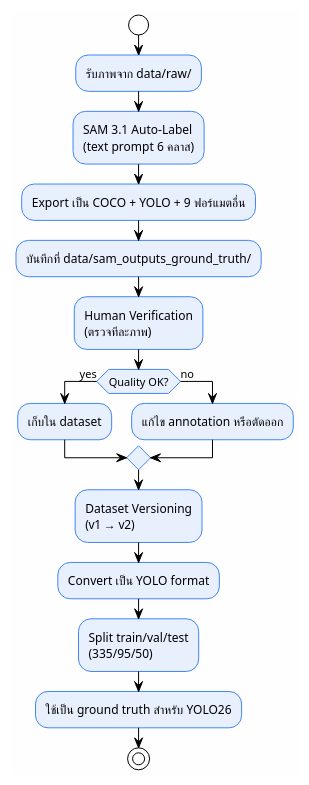
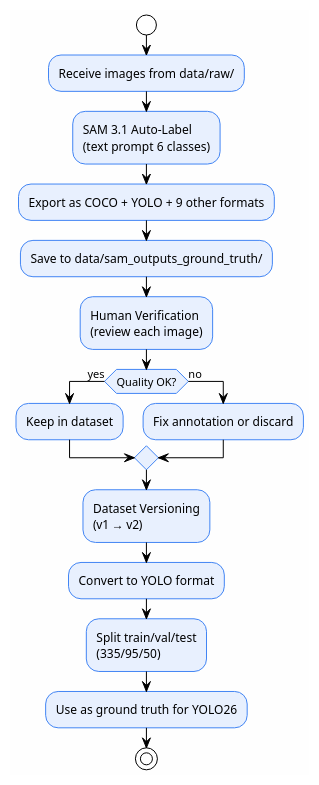
Before and after one commit to Telotubbies/auto_label: the first of 3 diagrams in docs/pipeline/ground-truth-generation.md, drawn with PlantUML. The commit also changed other lines of this file and 585 other files, not shown here.

````diff
--- a/docs/pipeline/ground-truth-generation.md
+++ b/docs/pipeline/ground-truth-generation.md
@@ -27,29 +27,29 @@
 ```plantuml {align="center"}
 @startuml
 !theme plain
 skinparam linetype ortho
 skinparam backgroundColor #FEFEFE
 skinparam ActivityBackgroundColor #E8F0FE
 skinparam ActivityBorderColor #4285F4
 
 start
-:รับภาพจาก data/raw/;
-:SAM 3.1 Auto-Label\n(text prompt 6 คลาส);
-:Export เป็น COCO + YOLO + 9 ฟอร์แมตอื่น;
-:บันทึกที่ data/sam_outputs_ground_truth/;
+:Receive images from data/raw/;
+:SAM 3.1 Auto-Label\n(text prompt 6 classes);
+:Export as COCO + YOLO + 9 other formats;
+:Save to data/sam_outputs_ground_truth/;
 
-:Human Verification\n(ตรวจทีละภาพ);
+:Human Verification\n(review each image);
 if (Quality OK?) then (yes)
-  :เก็บใน dataset;
+  :Keep in dataset;
 else (no)
-  :แก้ไข annotation หรือตัดออก;
+  :Fix annotation or discard;
 endif
 
 :Dataset Versioning\n(v1 → v2);
-:Convert เป็น YOLO format;
+:Convert to YOLO format;
 :Split train/val/test\n(335/95/50);
-:ใช้เป็น ground truth สำหรับ YOLO26;
+:Use as ground truth for YOLO26;
 
 stop
 @enduml
 ```
````
